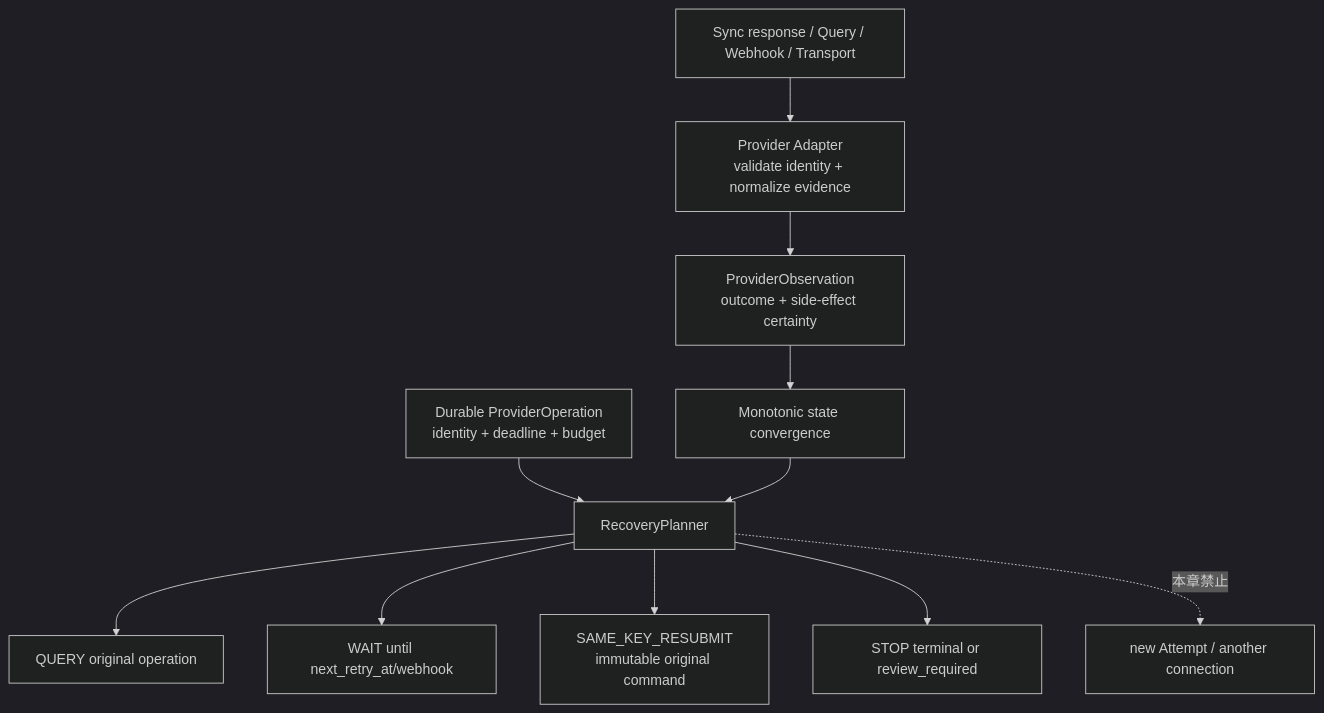
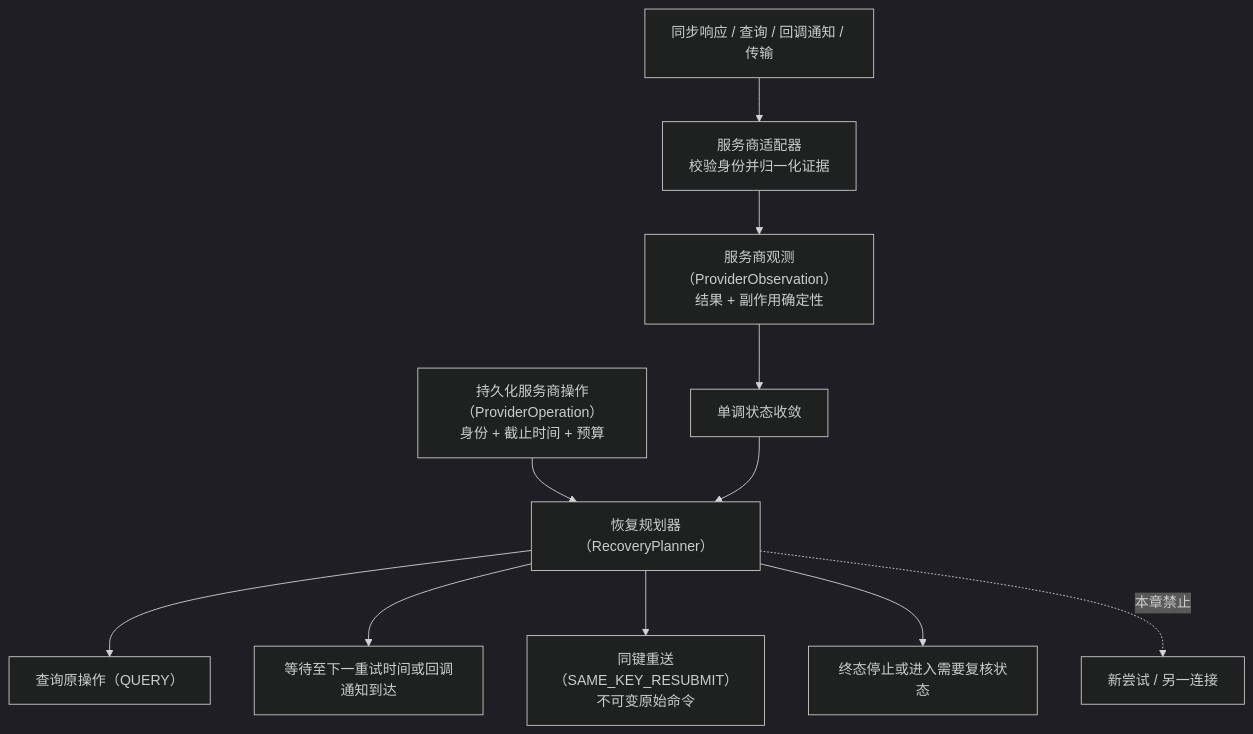
One commit to YouEclipse/Designing-Modern-Payment-Systems changed the third of 4 diagrams in part-3-reliability/timeout-and-retry.md. Above: the diagram before and after it, drawn with Mermaid (dark theme). The commit also changed other lines of this file and 59 other files, not shown here.

````diff
--- a/part-3-reliability/timeout-and-retry.md
+++ b/part-3-reliability/timeout-and-retry.md
@@ -266,13 +266,13 @@
 ```mermaid
 flowchart TB
-    Sources["Sync response / Query / Webhook / Transport"] --> Adapter["Provider Adapter<br/>validate identity + normalize evidence"]
-    Adapter --> Observation["ProviderObservation<br/>outcome + side-effect certainty"]
-    Observation --> Merge["Monotonic state convergence"]
-    Store["Durable ProviderOperation<br/>identity + deadline + budget"] --> Planner["RecoveryPlanner"]
+    Sources["同步响应 / 查询 / 回调通知 / 传输"] --> Adapter["服务商适配器<br/>校验身份并归一化证据"]
+    Adapter --> Observation["服务商观测（ProviderObservation）<br/>结果 + 副作用确定性"]
+    Observation --> Merge["单调状态收敛"]
+    Store["持久化服务商操作（ProviderOperation）<br/>身份 + 截止时间 + 预算"] --> Planner["恢复规划器（RecoveryPlanner）"]
     Merge --> Planner
-    Planner --> Query["QUERY original operation"]
-    Planner --> Wait["WAIT until next_retry_at/webhook"]
-    Planner --> Resubmit["SAME_KEY_RESUBMIT<br/>immutable original command"]
-    Planner --> Stop["STOP terminal or review_required"]
-    Planner -.->|"本章禁止"| NewAttempt["new Attempt / another connection"]
+    Planner --> Query["查询原操作（QUERY）"]
+    Planner --> Wait["等待至下一重试时间或回调通知到达"]
+    Planner --> Resubmit["同键重送（SAME_KEY_RESUBMIT）<br/>不可变原始命令"]
+    Planner --> Stop["终态停止或进入需要复核状态"]
+    Planner -.->|"本章禁止"| NewAttempt["新尝试 / 另一连接"]
 ```
````
